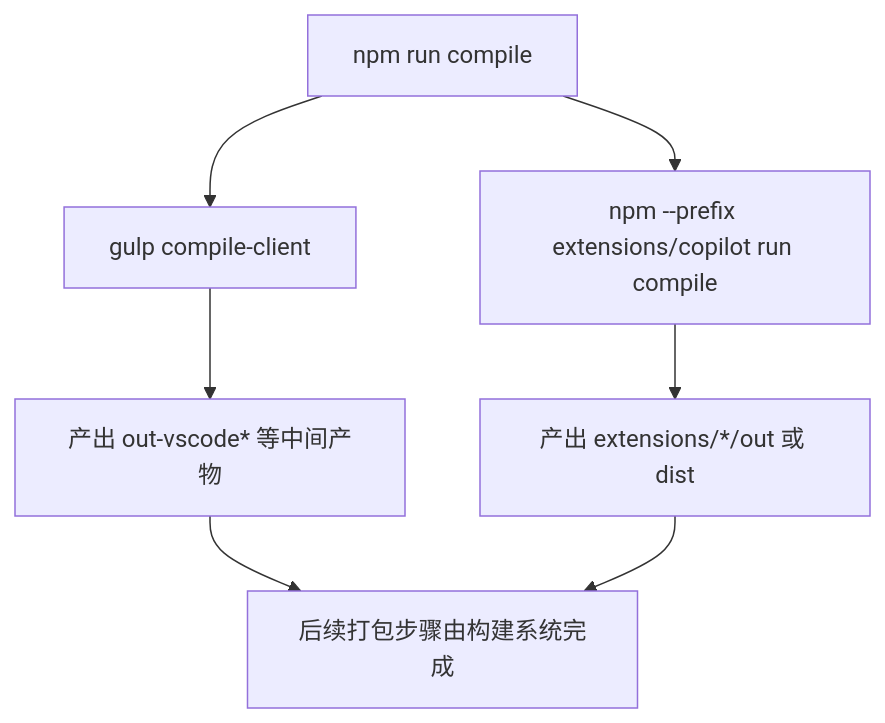
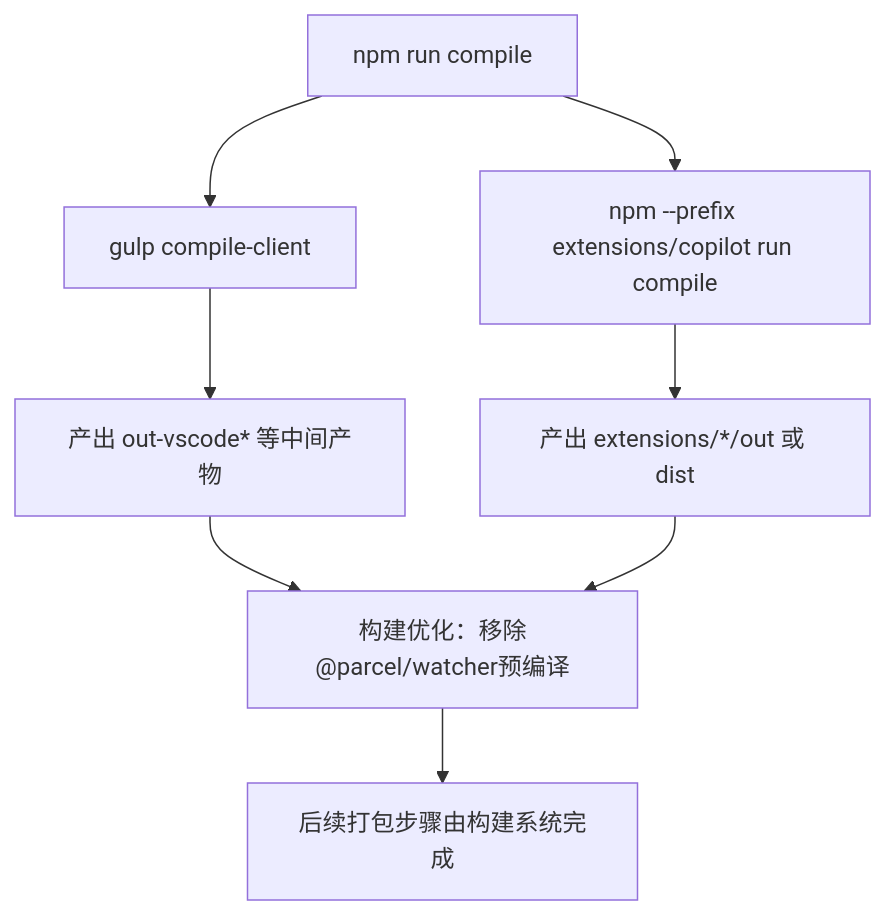
The sixth of 9 diagrams in .qoder/repowiki/zh/content/扩展开发/打包与分发.md (sofate798/KodrixCode), drawn with Mermaid before and after one commit. The commit also changed other lines of this file and 1661 other files, not shown here.

````diff
--- a/.qoder/repowiki/zh/content/扩展开发/打包与分发.md
+++ b/.qoder/repowiki/zh/content/扩展开发/打包与分发.md
@@ -211,9 +237,10 @@
 ```mermaid
 flowchart TD
 A["npm run compile"] --> B["gulp compile-client"]
 A --> C["npm --prefix extensions/copilot run compile"]
 B --> D["产出 out-vscode* 等中间产物"]
 C --> E["产出 extensions/*/out 或 dist"]
-D --> F["后续打包步骤由构建系统完成"]
+D --> F["构建优化：移除@parcel/watcher预编译"]
 E --> F
+F --> G["后续打包步骤由构建系统完成"]
 ```
````
